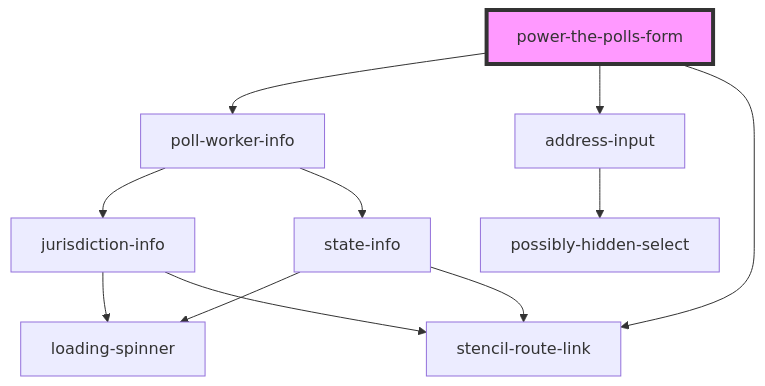
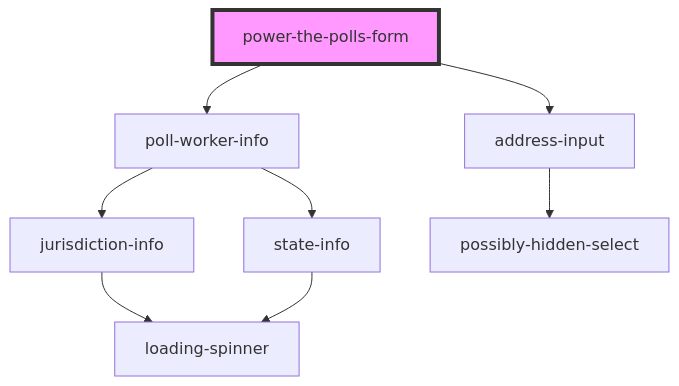
Before and after one commit to pizza-to-the-polls/power-the-polls: the diagram in power-the-polls-form/src/components/power-the-polls-form/readme.md, drawn with Mermaid. The commit also changed other lines of this file and 19 other files, not shown here.

````diff
--- a/power-the-polls-form/src/components/power-the-polls-form/readme.md
+++ b/power-the-polls-form/src/components/power-the-polls-form/readme.md
@@ -49,14 +48,11 @@
 ```mermaid
 graph TD;
   power-the-polls-form --> poll-worker-info
   power-the-polls-form --> address-input
-  power-the-polls-form --> stencil-route-link
   poll-worker-info --> jurisdiction-info
   poll-worker-info --> state-info
   jurisdiction-info --> loading-spinner
-  jurisdiction-info --> stencil-route-link
   state-info --> loading-spinner
-  state-info --> stencil-route-link
   address-input --> possibly-hidden-select
   style power-the-polls-form fill:#f9f,stroke:#333,stroke-width:4px
 ```
````
